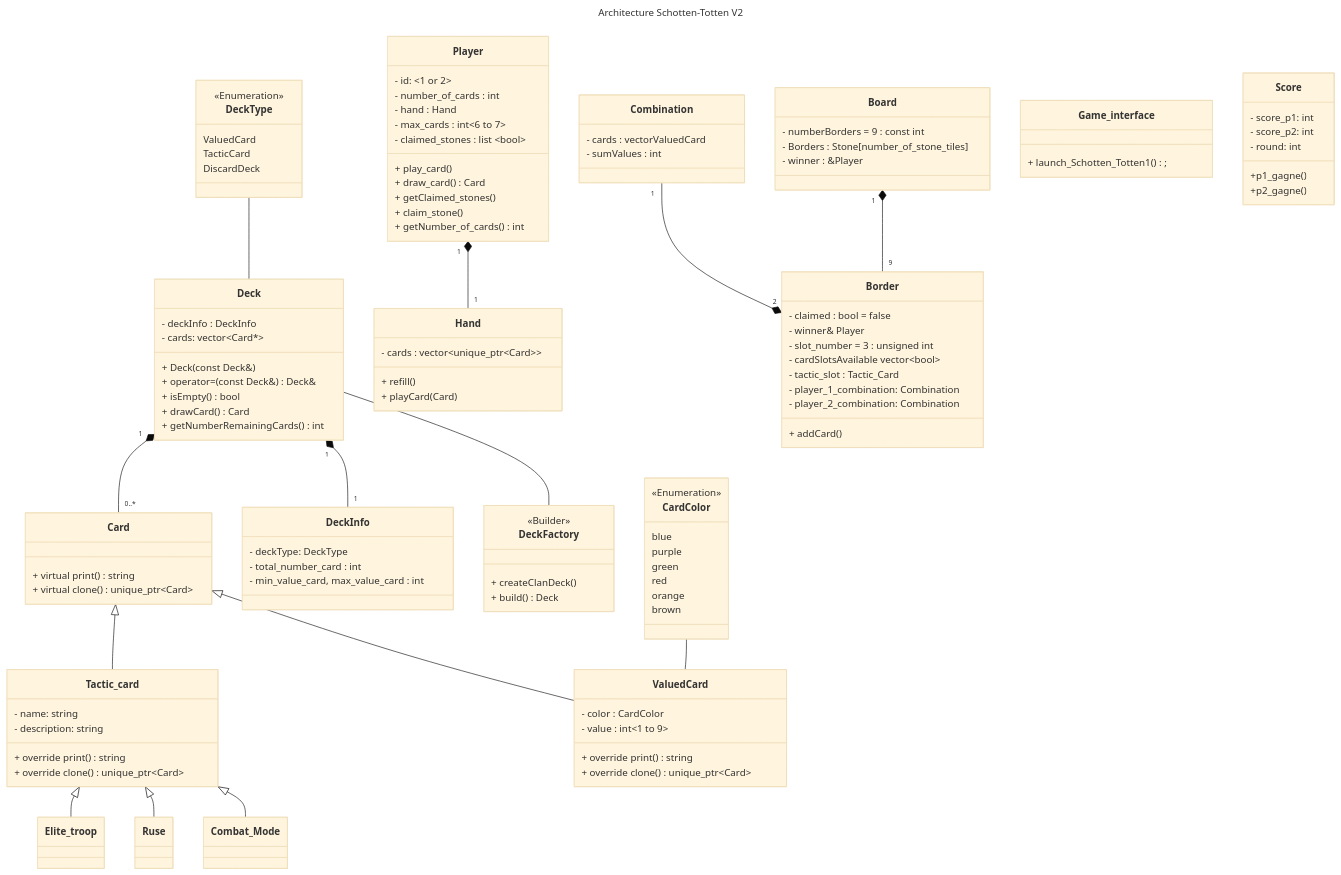
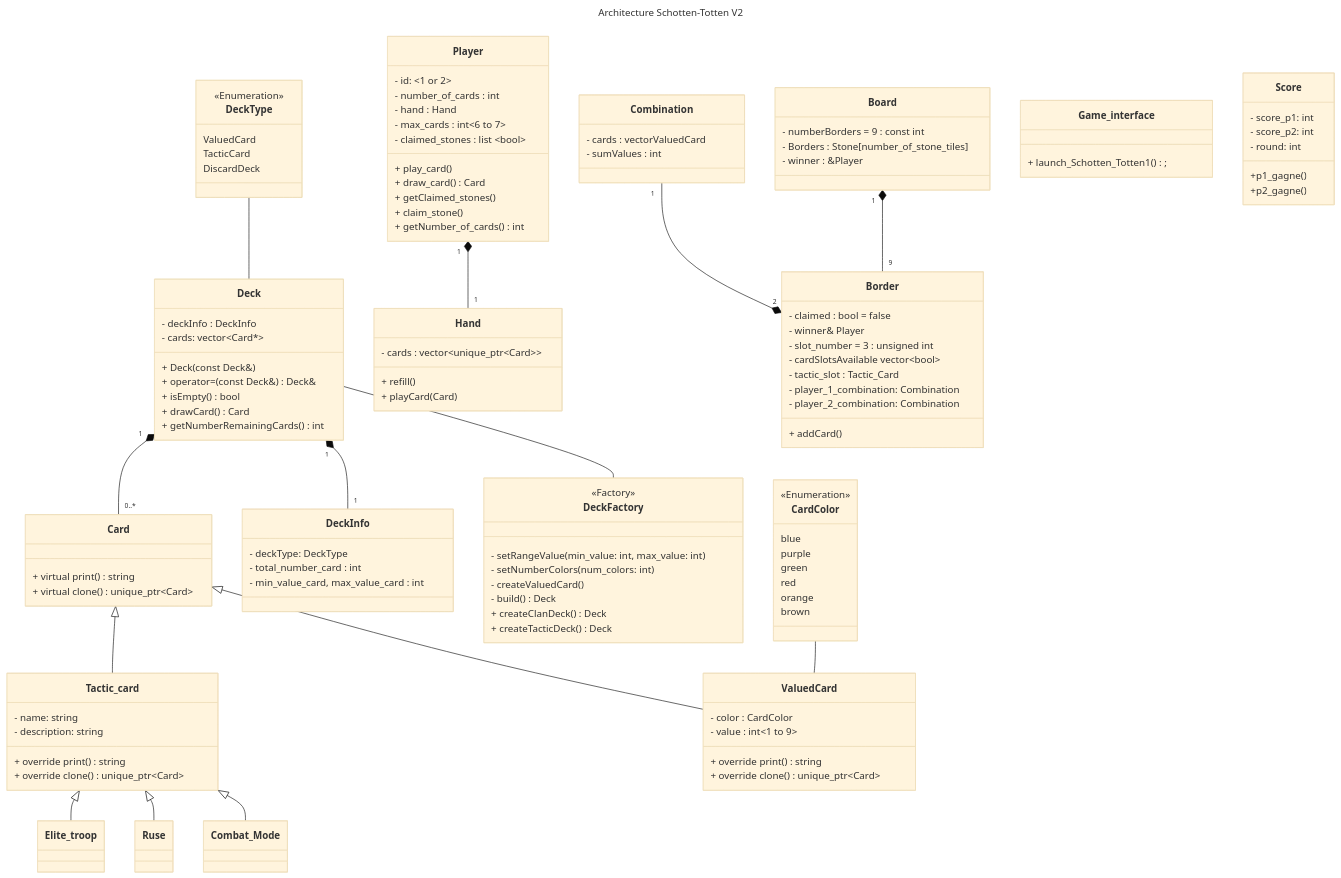
Before and after one commit to kilaposhi/Schotten-Totten: the diagram in README.md, drawn with Mermaid (base theme). The commit also changed 1 other file, not shown here.

Commit message:
uml Factory

```diff
--- a/README.md
+++ b/README.md
@@ -140,9 +140,13 @@
   }
 
 class DeckFactory {
-<<Builder>>
-+ createClanDeck()
-+ build() Deck
+  <<Factory>>
+  - setRangeValue(min_value: int, max_value: int)
+  - setNumberColors(num_colors: int)
+  - createValuedCard()
+  - build() Deck
+  + createClanDeck() Deck
+  + createTacticDeck() Deck
   }
 
 class Score{
```
